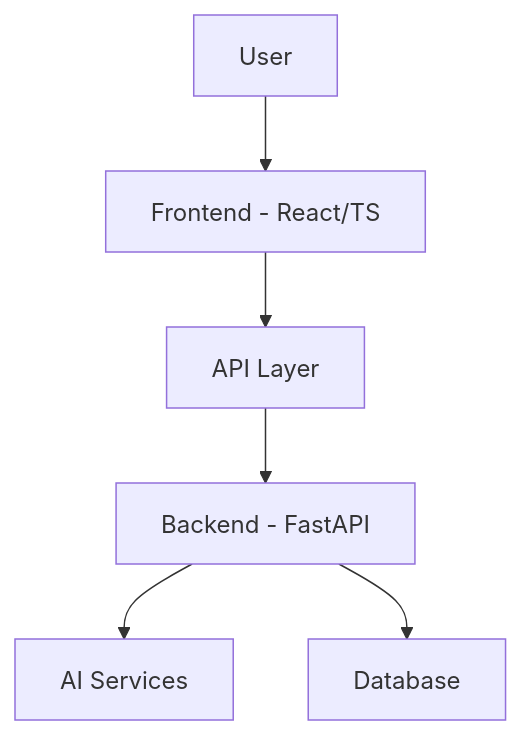
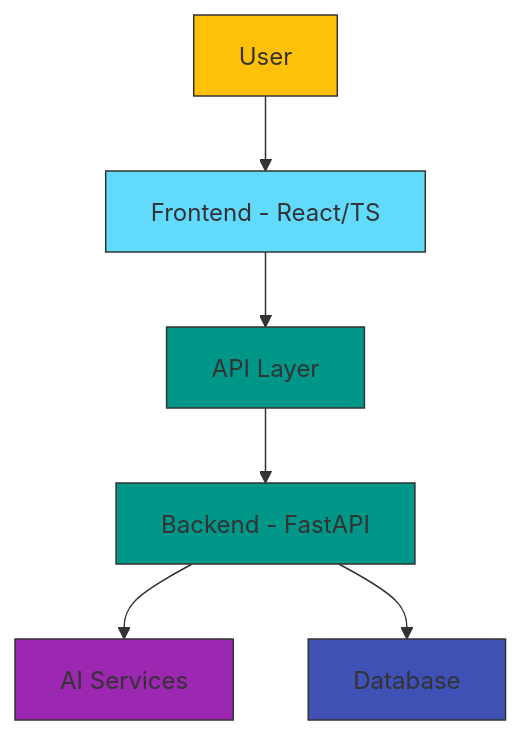
Before and after one commit to koradiaishita/asha-ai-hackathon: the diagram in README.md, drawn with Mermaid. The commit also changed other lines of this file, not shown here.

````diff
--- a/README.md
+++ b/README.md
@@ -35,8 +43,20 @@
 ```mermaid
 graph TD
     A[Frontend - React/TS] --> B[API Layer]
     B --> C[Backend - FastAPI]
     C --> D[AI Services]
     C --> E[Database]
     F[User] --> A
+    
+    classDef frontend fill:#61DAFB,stroke:#333,stroke-width:1px;
+    classDef backend fill:#009688,stroke:#333,stroke-width:1px;
+    classDef user fill:#FFC107,stroke:#333,stroke-width:1px;
+    classDef ai fill:#9C27B0,stroke:#333,stroke-width:1px;
+    classDef db fill:#3F51B5,stroke:#333,stroke-width:1px;
+    
+    class A frontend;
+    class B,C backend;
+    class D ai;
+    class E db;
+    class F user;
 ```
````
